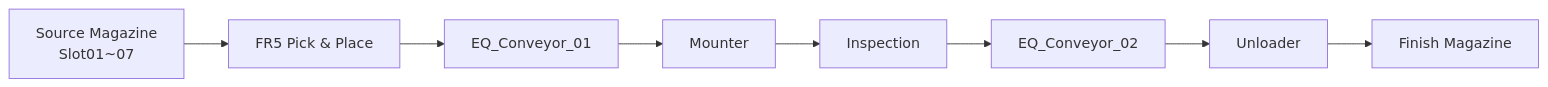
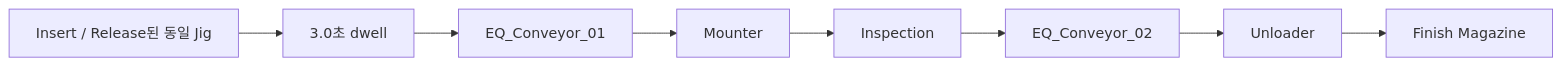
Before and after one commit to seongyeop-dev/fr5-unity-digital-twin: the second of 2 diagrams in README.md, drawn with Mermaid. The commit also changed other lines of this file and 49 other files, not shown here.

````diff
--- a/README.md
+++ b/README.md
@@ -172,10 +114,10 @@
 ```mermaid
 flowchart LR
-    SRC["Source Magazine<br/>Slot01~07"] --> FR5["FR5 Pick & Place"]
-    FR5 --> C1["EQ_Conveyor_01"]
+    IN["Insert / Release된 동일 Jig"] --> D["3.0초 dwell"]
+    D --> C1["EQ_Conveyor_01"]
     C1 --> M["Mounter"]
     M --> I["Inspection"]
     I --> C2["EQ_Conveyor_02"]
     C2 --> U["Unloader"]
-    U --> FIN["Finish Magazine"]
+    U --> F["Finish Magazine"]
 ```
````
